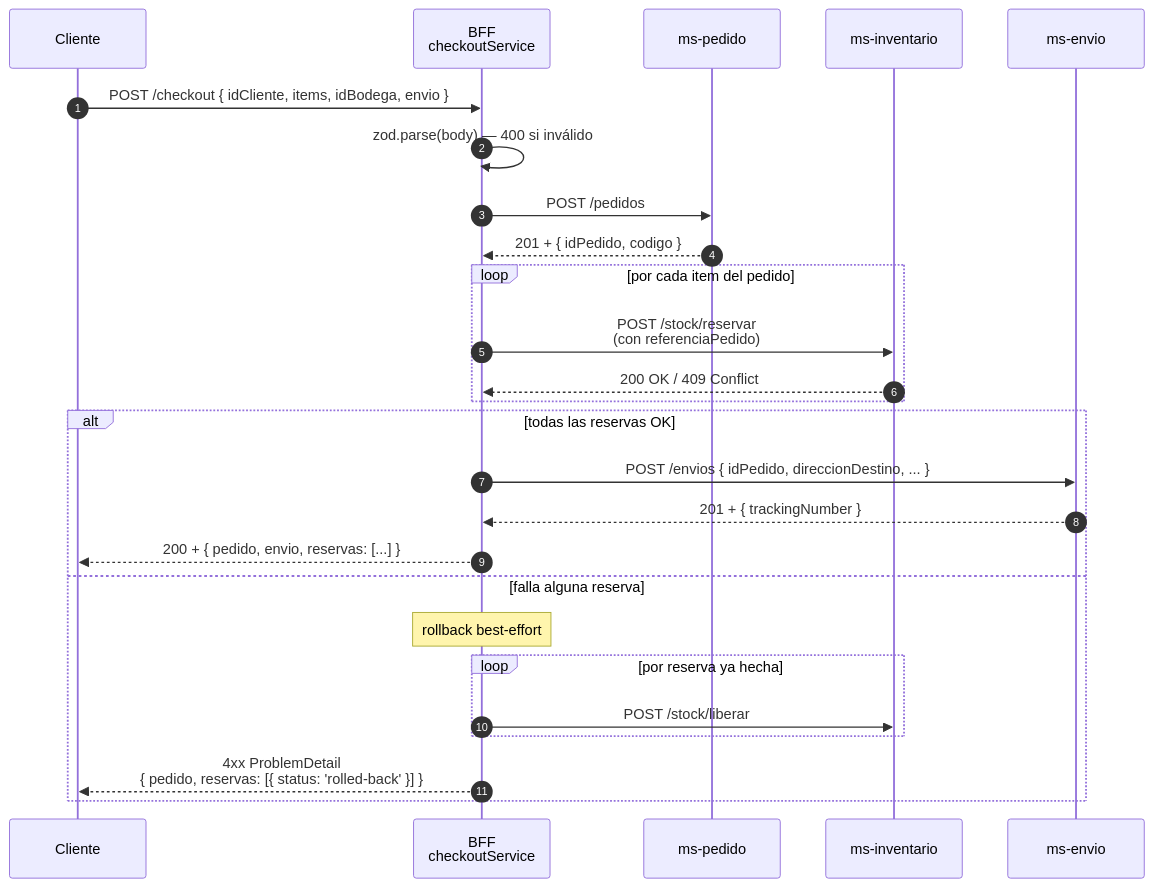
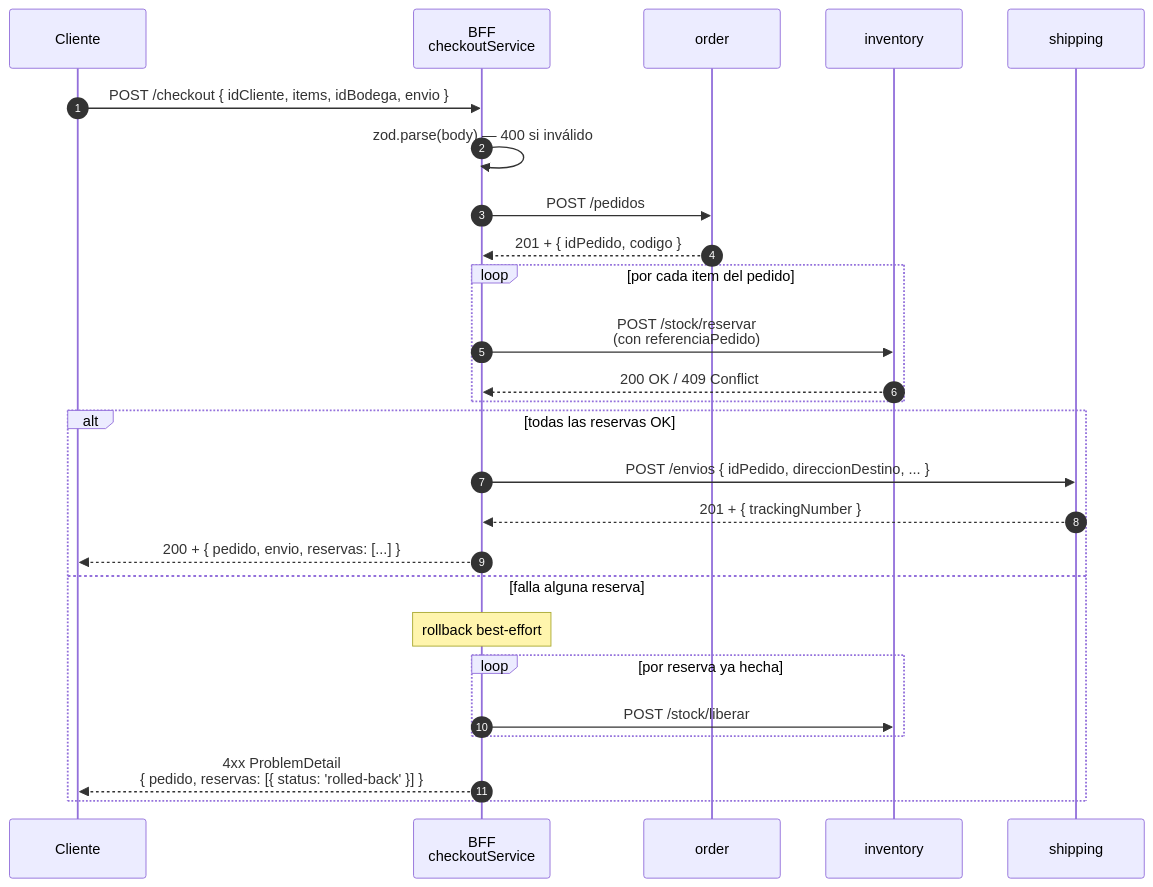
The third of 3 diagrams in backend/bff/README.md (smartLogixfs/smartlogixs), drawn with Mermaid before and after one commit. The commit also changed other lines of this file and 11 other files, not shown here.

````diff
--- a/backend/bff/README.md
+++ b/backend/bff/README.md
@@ -112,31 +120,31 @@
 ```mermaid
 sequenceDiagram
     autonumber
     participant C as Cliente
     participant B as BFF<br/>checkoutService
-    participant P as ms-pedido
-    participant I as ms-inventario
-    participant E as ms-envio
+    participant O as order
+    participant I as inventory
+    participant S as shipping
 
     C->>B: POST /checkout { idCliente, items, idBodega, envio }
     B->>B: zod.parse(body) — 400 si inválido
-    B->>P: POST /pedidos
-    P-->>B: 201 + { idPedido, codigo }
+    B->>O: POST /pedidos
+    O-->>B: 201 + { idPedido, codigo }
 
     loop por cada item del pedido
         B->>I: POST /stock/reservar<br/>(con referenciaPedido)
         I-->>B: 200 OK / 409 Conflict
     end
 
     alt todas las reservas OK
-        B->>E: POST /envios { idPedido, direccionDestino, ... }
-        E-->>B: 201 + { trackingNumber }
+        B->>S: POST /envios { idPedido, direccionDestino, ... }
+        S-->>B: 201 + { trackingNumber }
         B-->>C: 200 + { pedido, envio, reservas: [...] }
     else falla alguna reserva
         Note over B: rollback best-effort
         loop por reserva ya hecha
             B->>I: POST /stock/liberar
         end
         B-->>C: 4xx ProblemDetail<br/>{ pedido, reservas: [{ status: 'rolled-back' }] }
     end
 ```
````
